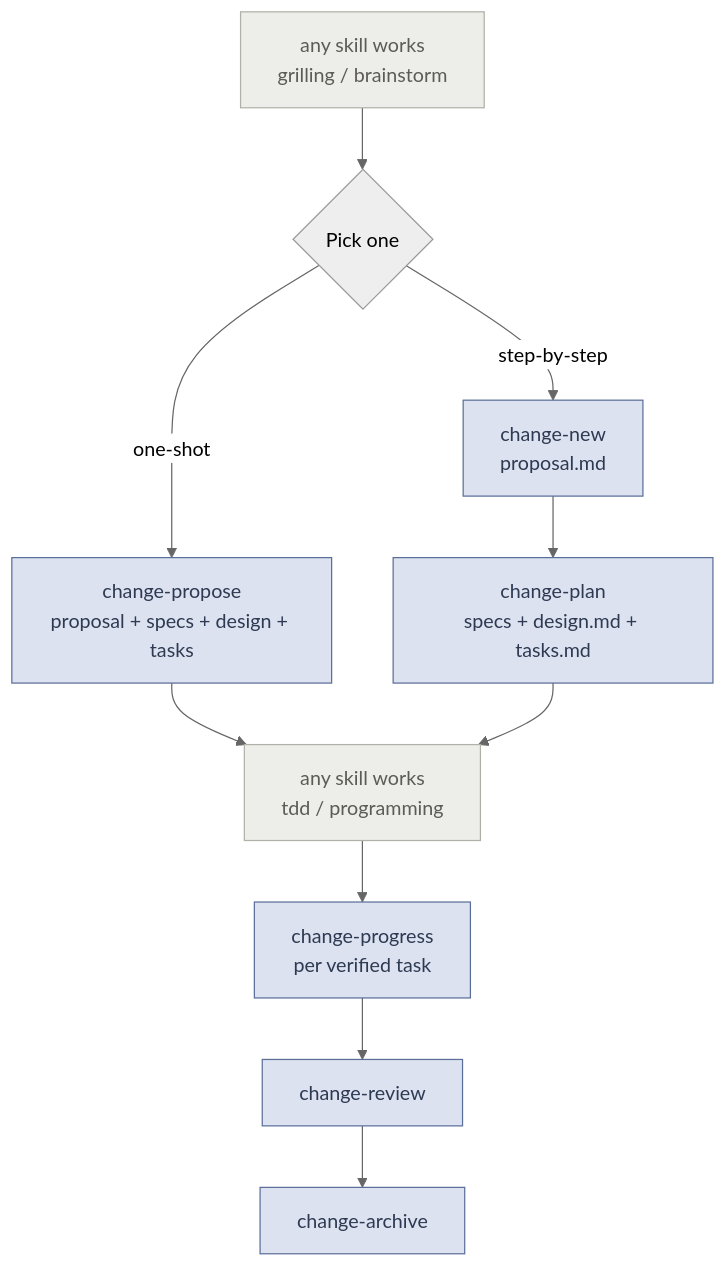
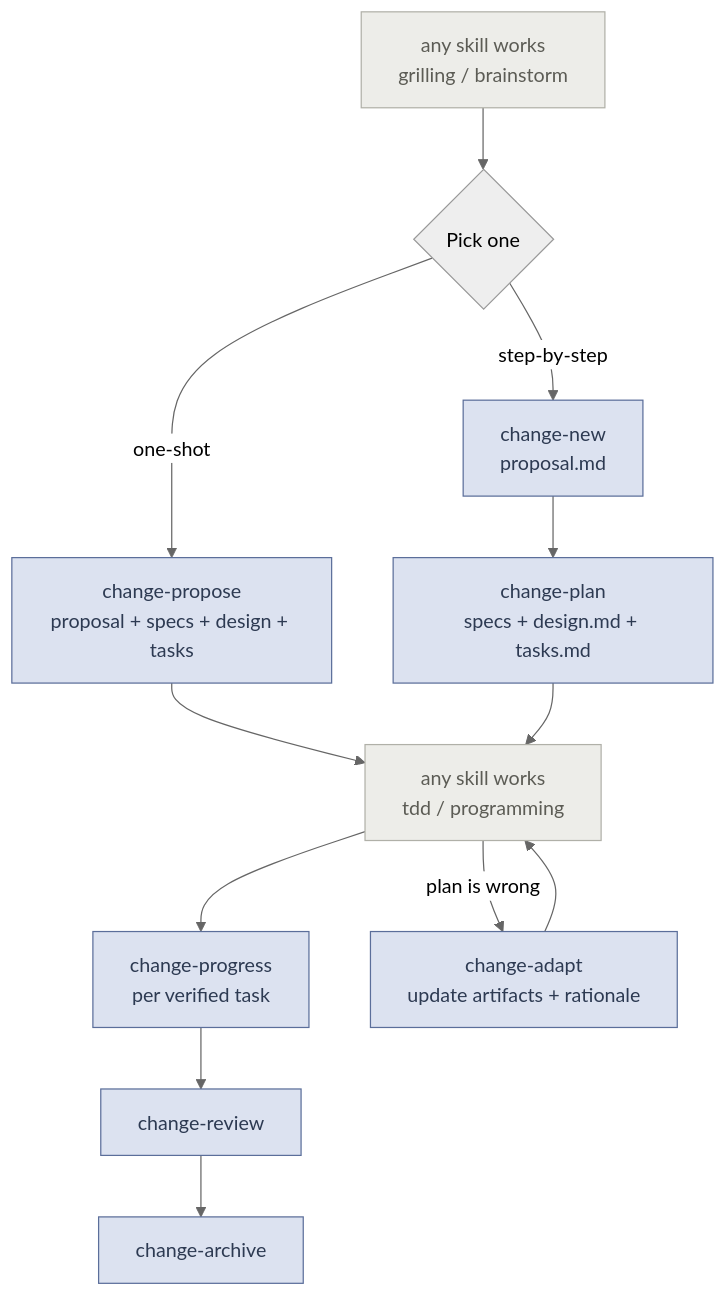
One commit to moyu-er/skills changed the diagram in skills/openspec/README.md. Above: the diagram before and after it, drawn with Mermaid (neutral theme). The commit also changed other lines of this file and 2 other files, not shown here.

````diff
--- a/skills/openspec/README.md
+++ b/skills/openspec/README.md
@@ -34,19 +35,21 @@
 ```mermaid
 flowchart TD
     A[any skill works<br/>grilling / brainstorm]:::external --> B{Pick one}
 
     B -->|one-shot| C[change-propose<br/>proposal + specs + design + tasks]:::ours
     B -->|step-by-step| D[change-new<br/>proposal.md]:::ours
 
     D --> E[change-plan<br/>specs + design.md + tasks.md]:::ours
 
     C --> F[any skill works<br/>tdd / programming]:::external
     E --> F
 
     F --> G[change-progress<br/>per verified task]:::ours
+    F -->|plan is wrong| J[change-adapt<br/>update artifacts + rationale]:::ours
+    J --> F
     G --> H[change-review]:::ours
     H --> I[change-archive]:::ours
 
     classDef ours fill:#dce2f0,stroke:#5b6e9a,color:#2d3a52
     classDef external fill:#edede9,stroke:#b0b0a8,color:#5c5c55
 ```
````
